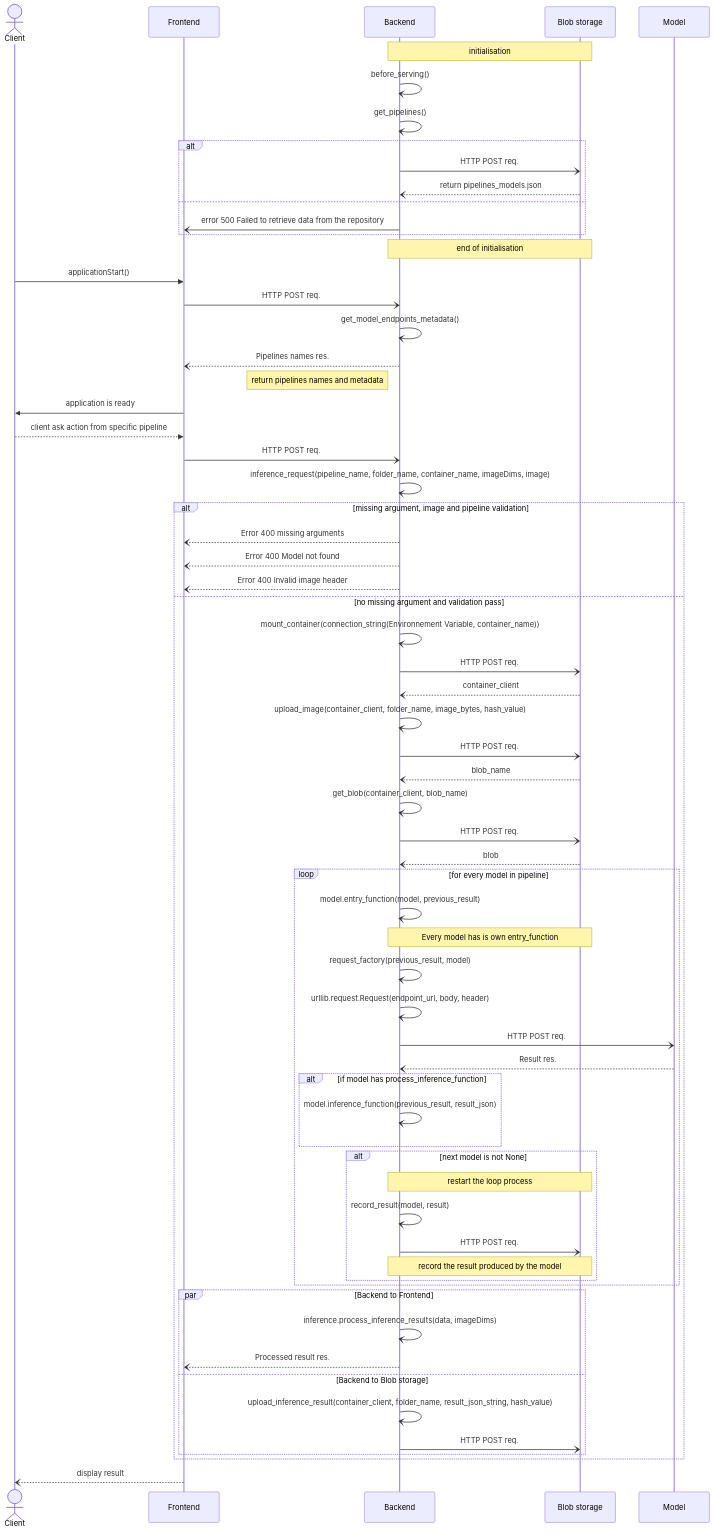
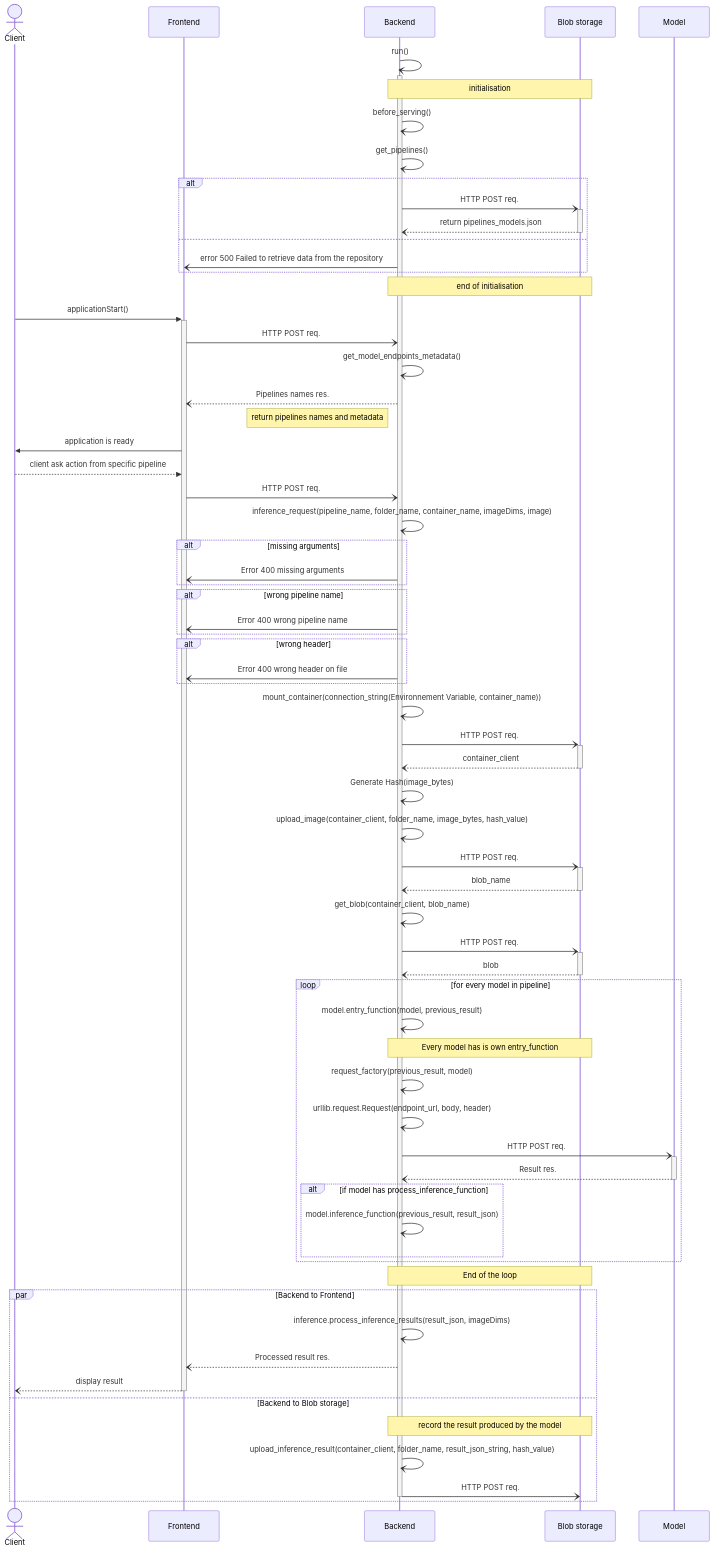
Before and after one commit to ai-cfia/nachet-backend: the second of 2 diagrams in docs/nachet-inference-documentation.md, drawn with Mermaid. The commit also changed other lines of this file, not shown here.

Commit message:
fixes #51: Update sequence diagram

````diff
--- a/docs/nachet-inference-documentation.md
+++ b/docs/nachet-inference-documentation.md
@@ -59,75 +59,77 @@
 ```mermaid
 sequenceDiagram
 
     actor Client
     participant Frontend
     participant Backend
     participant Blob storage
     participant Model
 
+    Backend-)+Backend: run()
     Note over Backend,Blob storage: initialisation
     Backend-)Backend: before_serving()
     Backend-)Backend: get_pipelines()
     alt
-    Backend-)Blob storage: HTTP POST req.
-    Blob storage--)Backend: return pipelines_models.json
+    Backend-)+Blob storage: HTTP POST req.
+    Blob storage--)-Backend: return pipelines_models.json
     else
     Backend-)Frontend: error 500 Failed to retrieve data from the repository
     end
     Note over Backend,Blob storage: end of initialisation
    
-    Client->>Frontend: applicationStart()
+    Client->>+Frontend: applicationStart()
     Frontend-)Backend: HTTP POST req.
     Backend-)Backend: get_model_endpoints_metadata()
     Backend--)Frontend: Pipelines names res.
     Note left of Backend: return pipelines names and metadata
 
     Frontend->>Client: application is ready
     Client-->>Frontend: client ask action from specific pipeline
     Frontend-)Backend: HTTP POST req.
     Backend-)Backend: inference_request(pipeline_name, folder_name, container_name, imageDims, image)
-    alt missing argument, image and pipeline validation
-        Backend--)Frontend: Error 400 missing arguments
-        Backend--)Frontend: Error 400 Model not found
-        Backend--)Frontend: Error 400 Invalid image header
-    else no missing argument and validation pass
-        Backend-)Backend: mount_container(connection_string(Environnement Variable, container_name))
-        Backend-)Blob storage: HTTP POST req.
-        Blob storage--)Backend: container_client
-        
-        Backend-)Backend: upload_image(container_client, folder_name, image_bytes, hash_value)
-        Backend-)Blob storage: HTTP POST req.
-        Blob storage--)Backend: blob_name
+    alt missing arguments
+    Backend-)Frontend: Error 400 missing arguments
+    end
+    alt wrong pipeline name
+    Backend-)Frontend: Error 400 wrong pipeline name
+    end
+    alt wrong header
+    Backend-)Frontend: Error 400 wrong header on file
+    end
 
-        Backend-)Backend: get_blob(container_client, blob_name)
-        Backend-)Blob storage: HTTP POST req.
-        Blob storage--)Backend: blob
+    Backend-)Backend: mount_container(connection_string(Environnement Variable, container_name))
+    Backend-)+Blob storage: HTTP POST req.
+    Blob storage--)-Backend: container_client
+    
+    Backend-)Backend: Generate Hash(image_bytes)
 
-        loop for every model in pipeline
-            Backend-)Backend: model.entry_function(model, previous_result)
-            note over Backend, Blob storage: Every model has is own entry_function
-            Backend-)Backend: request_factory(previous_result, model)
-            Backend-)Backend: urllib.request.Request(endpoint_url, body, header)
-            Backend-)Model: HTTP POST req.
-            Model--)Backend: Result res.
-            alt if model has process_inference_function
-                Backend-) Backend: model.inference_function(previous_result, result_json)
-            end
-            alt next model is not None
-                note over Backend, Blob storage: restart the loop process
-                Backend-)Backend: record_result(model, result)
-                Backend-)Blob storage: HTTP POST req.
-                note over Backend, Blob storage: record the result produced by the model
-            end
-        end
-        
-        par Backend to Frontend
-            Backend-)Backend: inference.process_inference_results(data, imageDims)
-            Backend--)Frontend: Processed result res.
-        and Backend to Blob storage
-            Backend-)Backend: upload_inference_result(container_client, folder_name, result_json_string, hash_value)
-            Backend-)Blob storage: HTTP POST req.
+    Backend-)Backend: upload_image(container_client, folder_name, image_bytes, hash_value)
+    Backend-)+Blob storage: HTTP POST req.
+    Blob storage--)-Backend: blob_name
+
+    Backend-)Backend: get_blob(container_client, blob_name)
+    Backend-)+Blob storage: HTTP POST req.
+    Blob storage--)-Backend: blob
+
+    loop for every model in pipeline
+        Backend-)Backend: model.entry_function(model, previous_result)
+        note over Backend, Blob storage: Every model has is own entry_function
+        Backend-)Backend: request_factory(previous_result, model)
+        Backend-)Backend: urllib.request.Request(endpoint_url, body, header)
+        Backend-)+Model: HTTP POST req.
+        Model--)-Backend: Result res.
+        alt if model has process_inference_function
+            Backend-) Backend: model.inference_function(previous_result, result_json)
         end
     end
-    Frontend--)Client: display result
+    note over Backend, Blob storage: End of the loop
+    par Backend to Frontend
+        Backend-)Backend: inference.process_inference_results(result_json, imageDims)
+        Backend--)Frontend: Processed result res.
+        Frontend--)-Client: display result
+    and Backend to Blob storage
+        note over Backend, Blob storage: record the result produced by the model
+        Backend-)Backend: upload_inference_result(container_client, folder_name, result_json_string, hash_value)
+        Backend-)-Blob storage: HTTP POST req.
+    end
 ```
````
